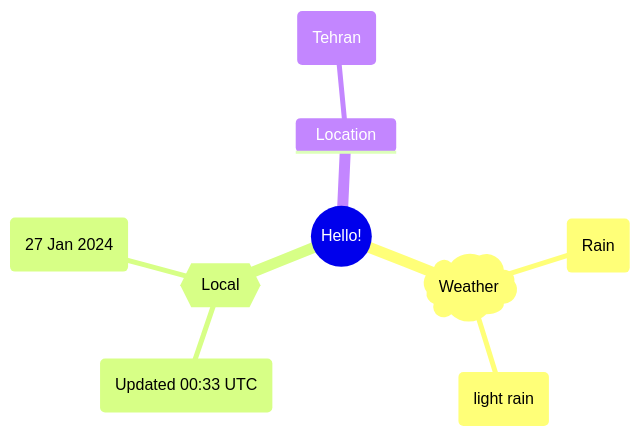
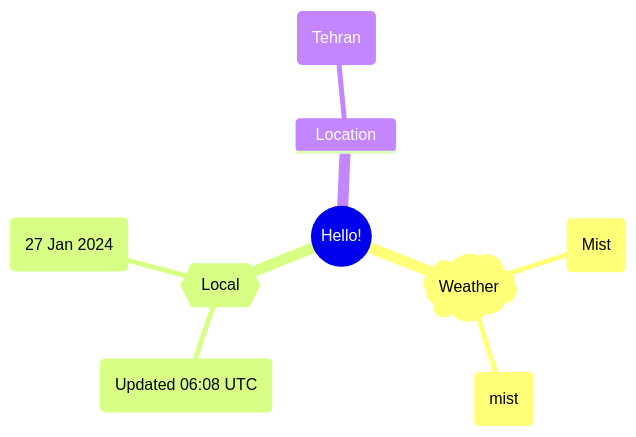
Before and after one commit to Xosrov/Xosrov: the first of 2 diagrams in README.md, drawn with Mermaid.

Commit message:
[bot] updated images

````diff
--- a/README.md
+++ b/README.md
@@ -3,12 +3,12 @@
 ```mermaid
 mindmap
   root((Hello!))
     )Weather(
-        (Rain)
-        (light rain)
+        (Mist)
+        (mist)
     {{Local}}
-        (Updated 00:33 UTC)
+        (Updated 06:08 UTC)
         (27 Jan 2024)
     Location
         (Tehran)
 ```
````
